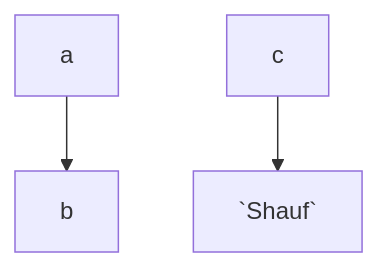
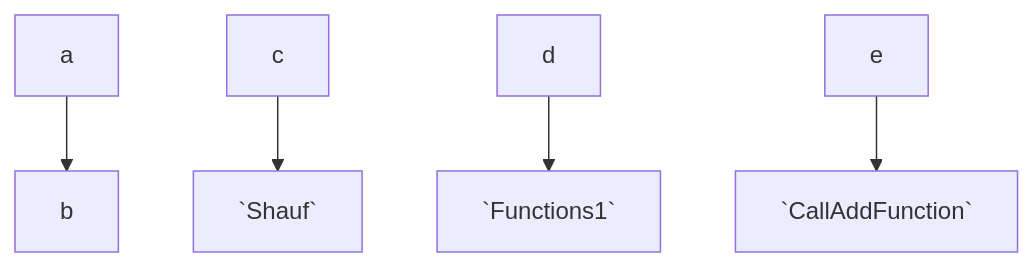
Before and after one commit to swimmio/csharp-shaul-test: the diagram in .swm/mermaid-117.ya2b9oss.sw.md, drawn with Mermaid. The commit also changed other lines of this file, not shown here.

Commit message:
docs(swimm): update doc: "Mermaid 1.17"

````diff
--- a/.swm/mermaid-117.ya2b9oss.sw.md
+++ b/.swm/mermaid-117.ya2b9oss.sw.md
@@ -9,7 +9,9 @@
 ```mermaid
 graph TD
+a --> b
+c --> `Shauf`
 
-a --> b
+d --> `Functions1`
 
-c --> `Shauf`
+e --> `CallAddFunction`
 ```
````
